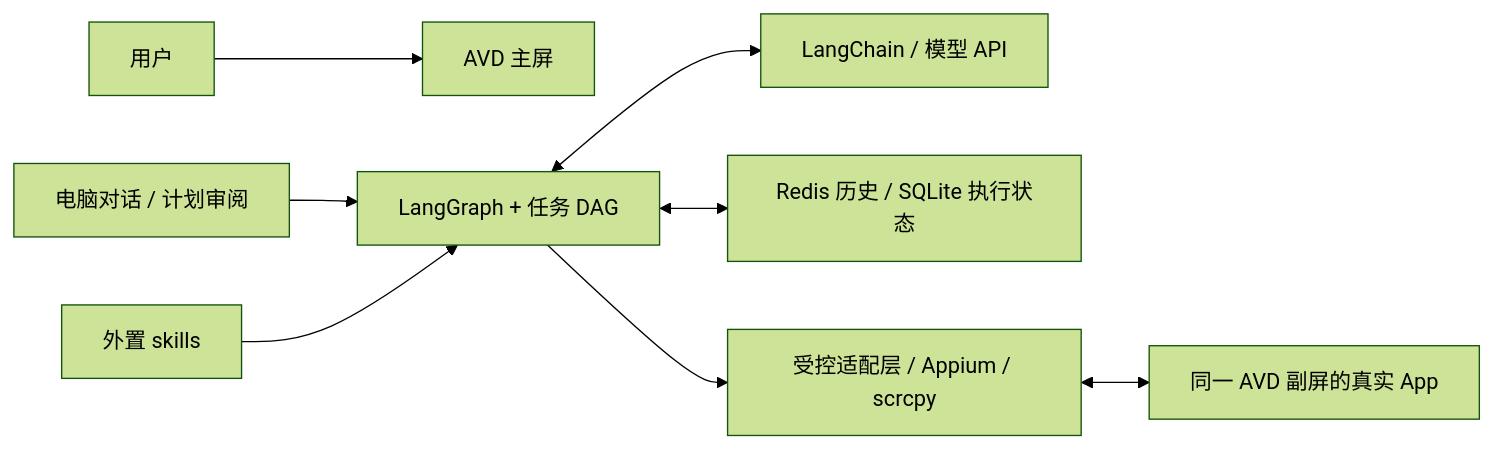
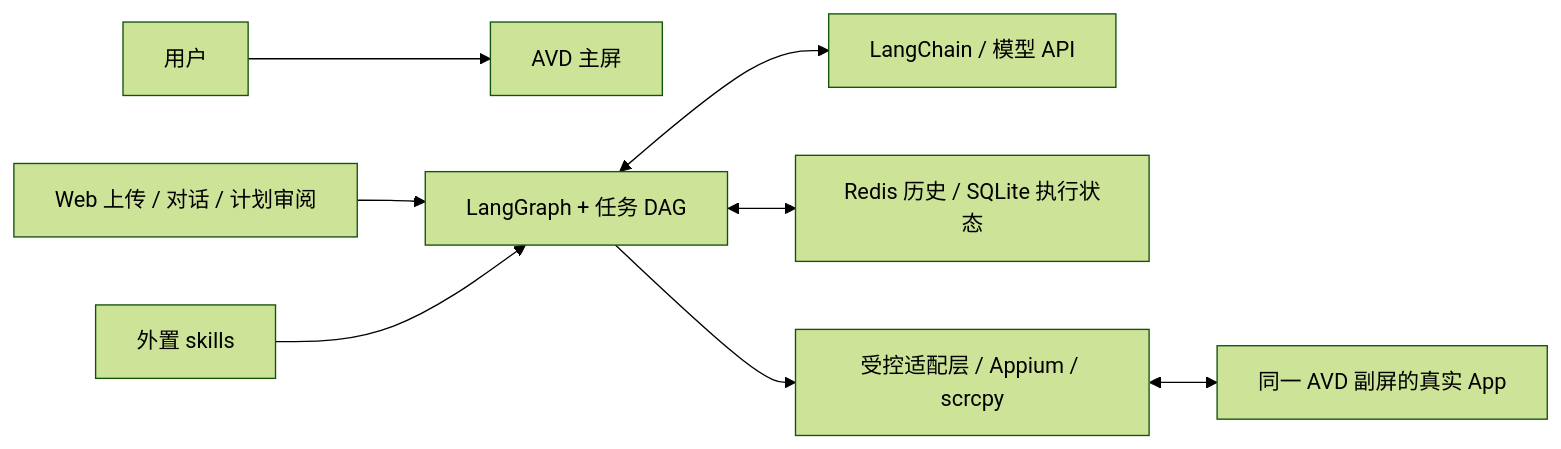
Before and after one commit to Youkinaa/wellphone: the diagram in README.md, drawn with Mermaid (forest theme). The commit also changed other lines of this file and 7 other files, not shown here.

````diff
--- a/README.md
+++ b/README.md
@@ -7,10 +7,10 @@
 ```mermaid
 flowchart LR
     U[用户] --> MAIN[AVD 主屏]
-    C[电脑对话 / 计划审阅] --> G[LangGraph + 任务 DAG]
+    C[Web 上传 / 对话 / 计划审阅] --> G[LangGraph + 任务 DAG]
     S[外置 skills] --> G
     G <--> L[LangChain / 模型 API]
     G <--> R[Redis 历史 / SQLite 执行状态]
     G --> T[受控适配层 / Appium / scrcpy]
     T <--> SUB[同一 AVD 副屏的真实 App]
 ```
````
